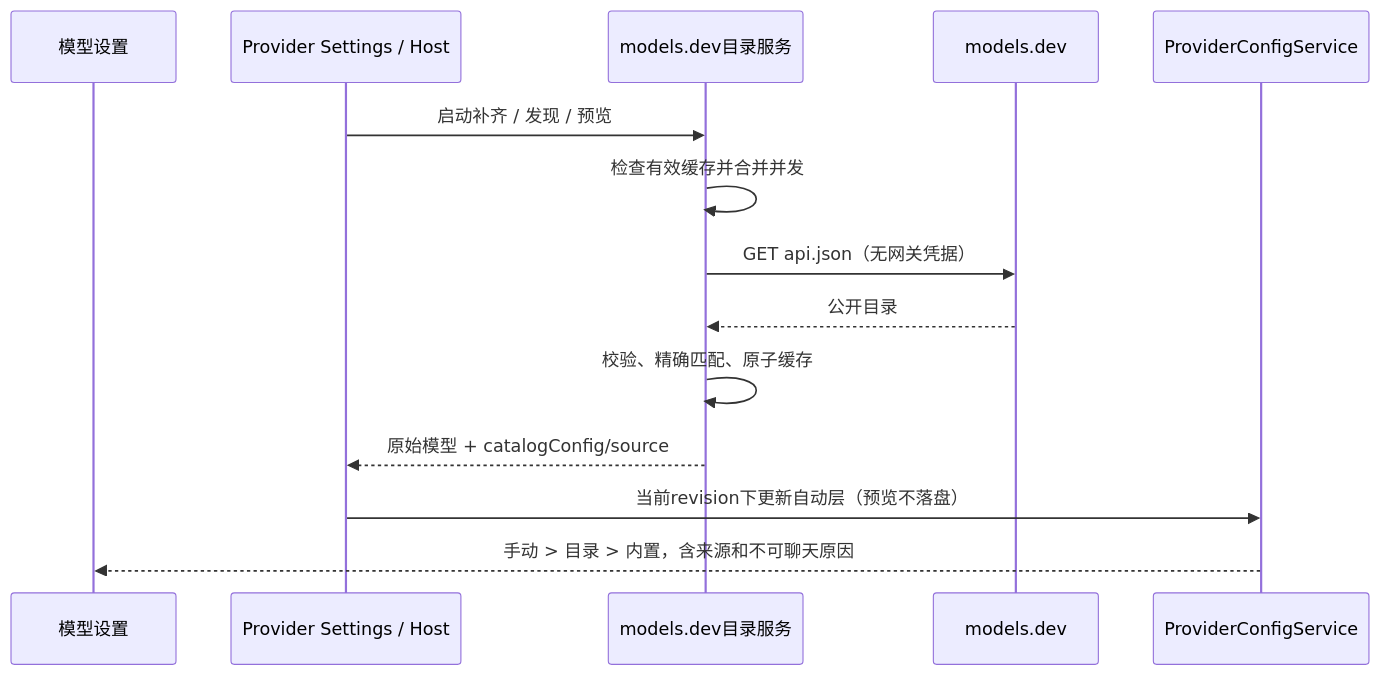
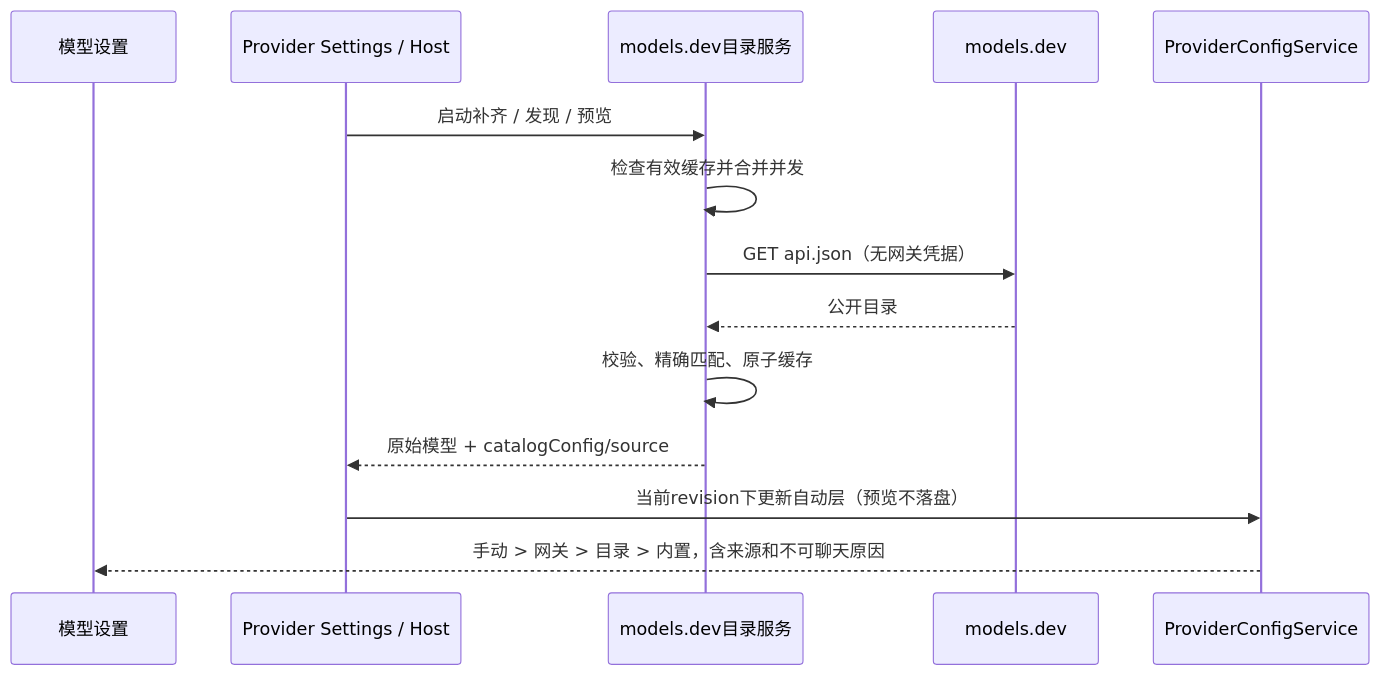
One commit to Jas0nxlee/UWork_frontend changed the diagram in specs/models-dev-catalog.md. Above: the diagram before and after it, drawn with Mermaid. The commit also changed other lines of this file and 20 other files, not shown here.

````diff
--- a/specs/models-dev-catalog.md
+++ b/specs/models-dev-catalog.md
@@ -37,16 +37,16 @@
 ```mermaid
 sequenceDiagram
   participant UI as 模型设置
   participant Host as Provider Settings / Host
   participant Catalog as models.dev目录服务
   participant API as models.dev
   participant Owner as ProviderConfigService
   Host->>Catalog: 启动补齐 / 发现 / 预览
   Catalog->>Catalog: 检查有效缓存并合并并发
   Catalog->>API: GET api.json（无网关凭据）
   API-->>Catalog: 公开目录
   Catalog->>Catalog: 校验、精确匹配、原子缓存
   Catalog-->>Host: 原始模型 + catalogConfig/source
   Host->>Owner: 当前revision下更新自动层（预览不落盘）
-  Owner-->>UI: 手动 > 目录 > 内置，含来源和不可聊天原因
+  Owner-->>UI: 手动 > 网关 > 目录 > 内置，含来源和不可聊天原因
 ```
````
